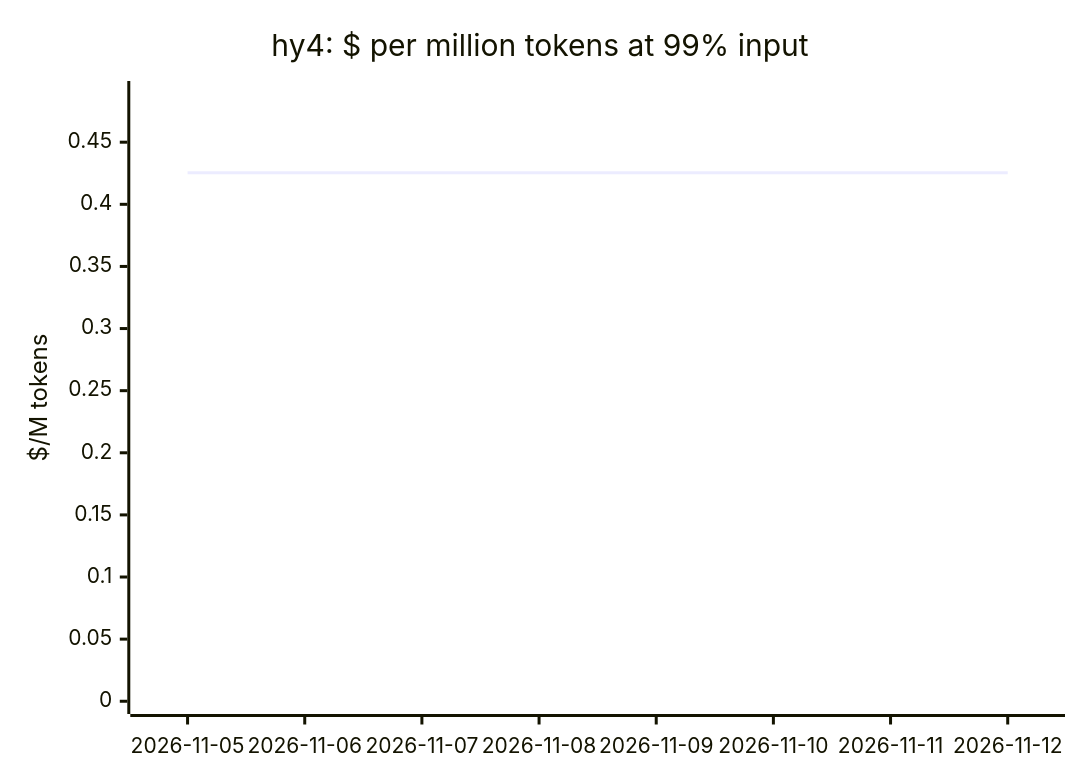
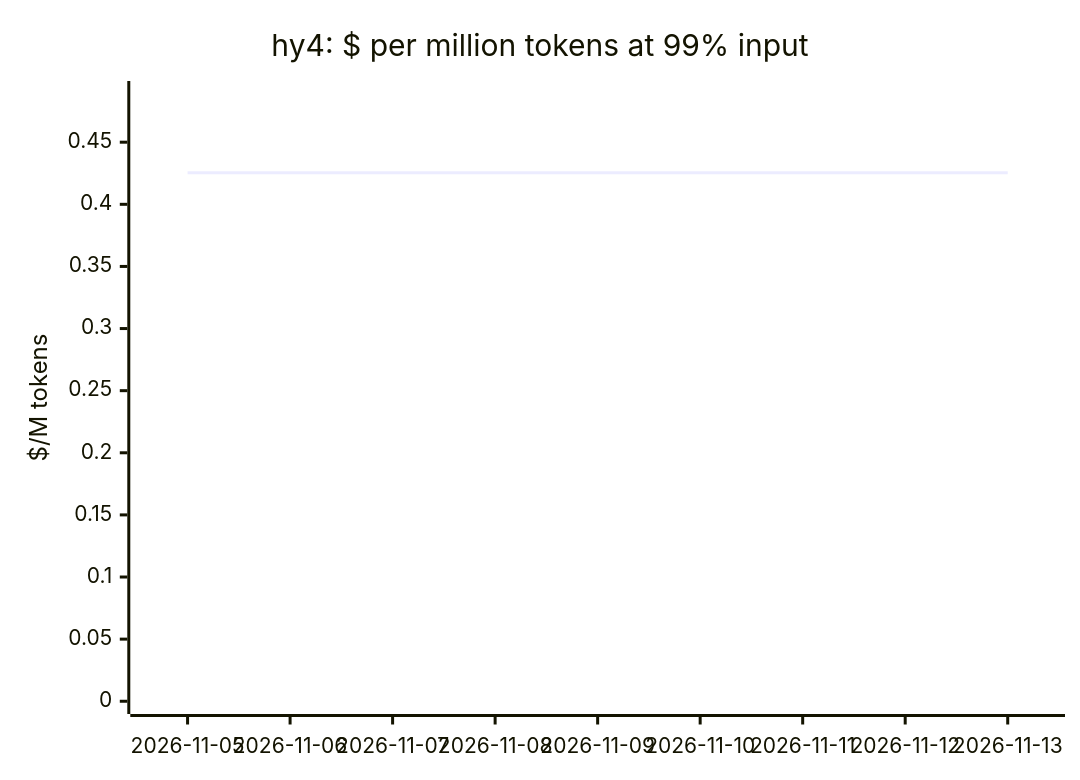
Diagram 16 of 19 in docs/openrouter-models.md (cklukas/OMEGA_TRANSFORM), drawn with Mermaid before and after one commit. The commit also changed other lines of this file and 66 other files, not shown here.

````diff
--- a/docs/openrouter-models.md
+++ b/docs/openrouter-models.md
@@ -276,7 +276,7 @@
 ```mermaid
 xychart-beta
     title "hy4: $ per million tokens at 99% input"
-    x-axis ["2026-11-05", "2026-11-06", "2026-11-07", "2026-11-08", "2026-11-09", "2026-11-10", "2026-11-11", "2026-11-12"]
+    x-axis ["2026-11-05", "2026-11-06", "2026-11-07", "2026-11-08", "2026-11-09", "2026-11-10", "2026-11-11", "2026-11-12", "2026-11-13"]
     y-axis "$/M tokens" 0 --> 0.489
-    line [0.4254, 0.4254, 0.4254, 0.4254, 0.4254, 0.4254, 0.4254, 0.4254]
+    line [0.4255, 0.4255, 0.4255, 0.4255, 0.4255, 0.4255, 0.4255, 0.4255, 0.4255]
 ```
````
